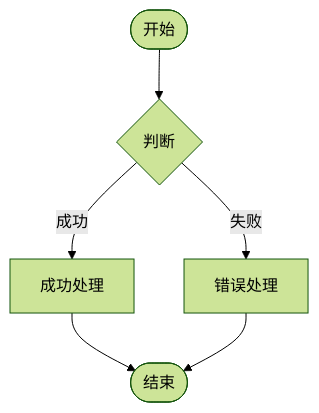
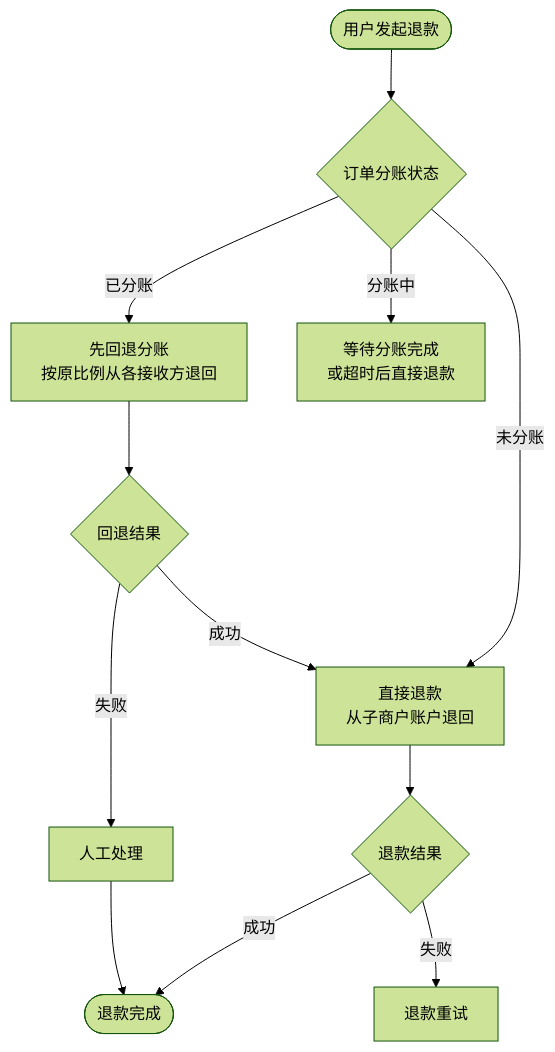
One commit to MarkTina/VitepressPRD changed the fourth of 4 diagrams in docs/versions/v1.1.0/06-flows.md. Above: the diagram before and after it, drawn with Mermaid (forest theme). The commit also changed other lines of this file and 17 other files, not shown here.

````diff
--- a/docs/versions/v1.1.0/06-flows.md
+++ b/docs/versions/v1.1.0/06-flows.md
@@ -18,8 +100,16 @@
 ```mermaid
 graph TD
-    Start([开始]) --> Check{判断}
-    Check -->|成功| Success[成功处理]
-    Check -->|失败| Error[错误处理]
-    Success --> End([结束])
-    Error --> End
+    Refund([用户发起退款]) --> CheckStatus{订单分账状态}
+    CheckStatus -->|未分账| DirectRefund[直接退款<br/>从子商户账户退回]
+    CheckStatus -->|已分账| SplitBack[先回退分账<br/>按原比例从各接收方退回]
+    CheckStatus -->|分账中| WaitSplit[等待分账完成<br/>或超时后直接退款]
+
+    SplitBack --> SplitBackResult{回退结果}
+    SplitBackResult -->|成功| DirectRefund
+    SplitBackResult -->|失败| ManualHandle[人工处理]
+
+    DirectRefund --> RefundResult{退款结果}
+    RefundResult -->|成功| Done([退款完成])
+    RefundResult -->|失败| RefundRetry[退款重试]
+    ManualHandle --> Done
 ```
````
